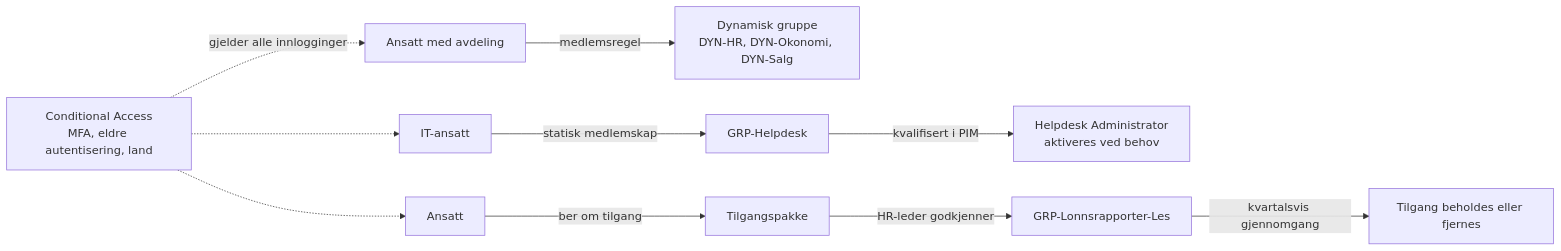
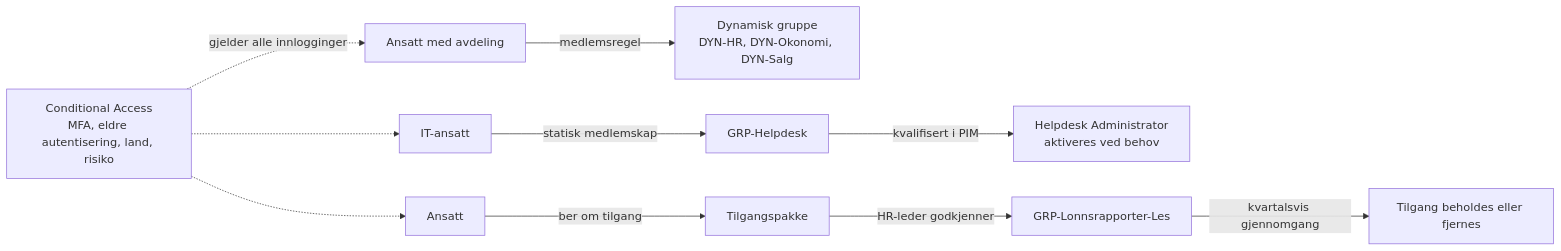
One commit to ramdze01/Entra-IAM-Fjordvik- changed the diagram in README.md. Above: the diagram before and after it, drawn with Mermaid. The commit also changed other lines of this file, not shown here.

````diff
--- a/README.md
+++ b/README.md
@@ -24,12 +24,12 @@
 ```mermaid
 flowchart LR
     A[Ansatt med avdeling] -->|medlemsregel| B[Dynamisk gruppe<br/>DYN-HR, DYN-Okonomi, DYN-Salg]
     C[IT-ansatt] -->|statisk medlemskap| D[GRP-Helpdesk]
     D -->|kvalifisert i PIM| E[Helpdesk Administrator<br/>aktiveres ved behov]
     F[Ansatt] -->|ber om tilgang| G[Tilgangspakke]
     G -->|HR-leder godkjenner| H[GRP-Lonnsrapporter-Les]
     H -->|kvartalsvis gjennomgang| I[Tilgang beholdes eller fjernes]
-    J[Conditional Access<br/>MFA, eldre autentisering, land] -.->|gjelder alle innlogginger| A
+    J[Conditional Access<br/>MFA, eldre autentisering, land, risiko] -.->|gjelder alle innlogginger| A
     J -.-> C
     J -.-> F
 ```
````
